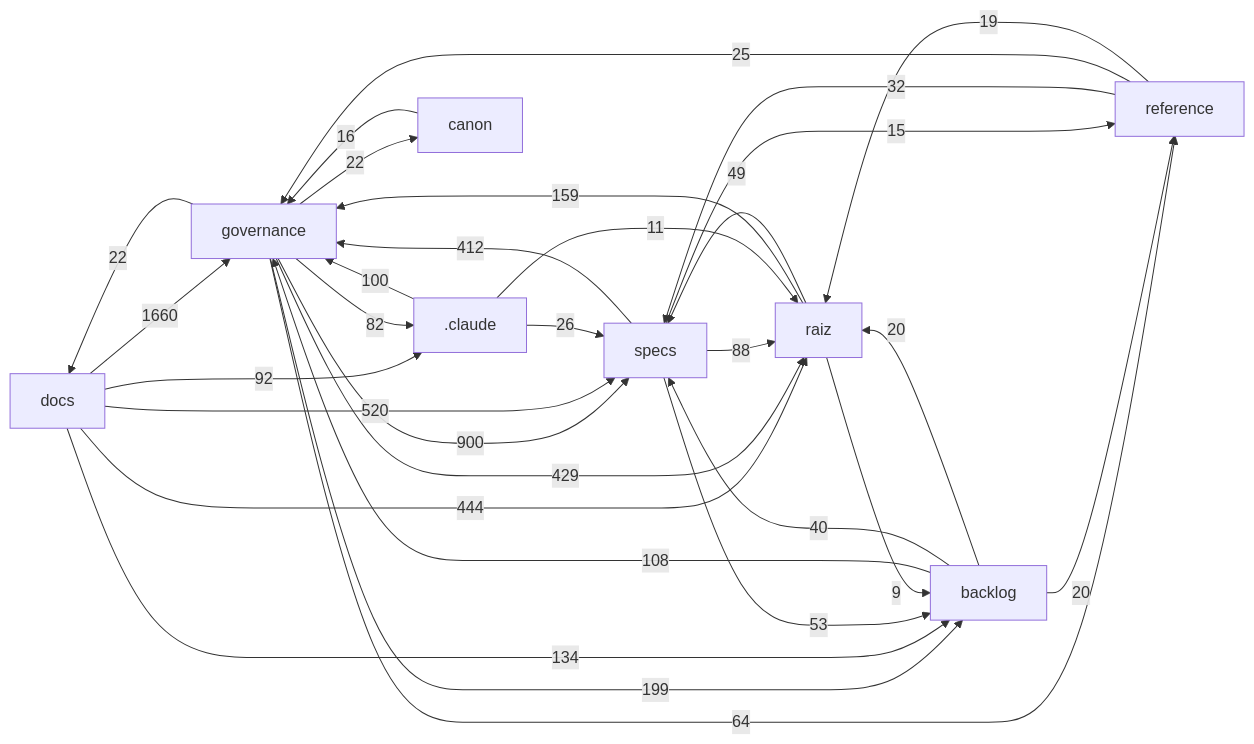
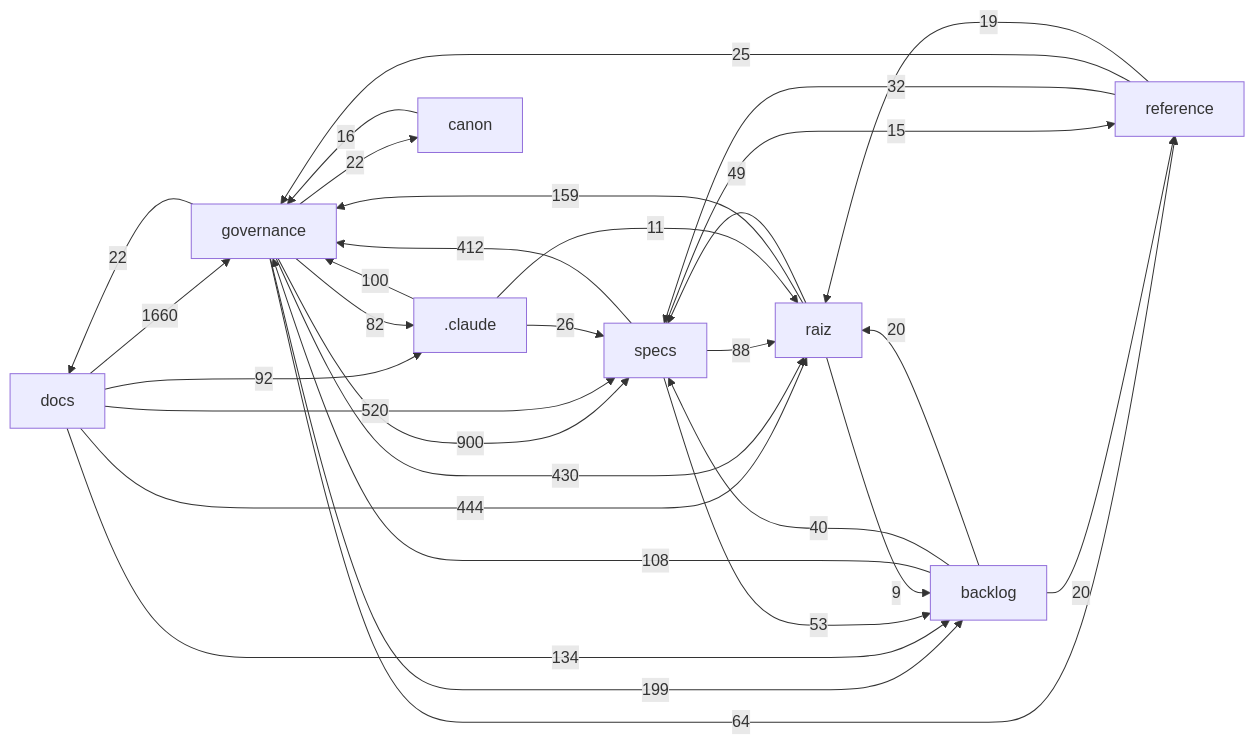
One commit to Andraus35/Sistema-Operacional-de-Trading--SOT changed the diagram in docs/mapa/MAPA-PROJETO.md. Above: the diagram before and after it, drawn with Mermaid. The commit also changed other lines of this file and 2 other files, not shown here.

````diff
--- a/docs/mapa/MAPA-PROJETO.md
+++ b/docs/mapa/MAPA-PROJETO.md
@@ -29,33 +29,33 @@
 ```mermaid
 flowchart LR
   docs["docs"] -->|1660| governance["governance"]
   governance["governance"] -->|900| specs["specs"]
   docs["docs"] -->|520| specs["specs"]
   docs["docs"] -->|444| raiz["raiz"]
-  governance["governance"] -->|429| raiz["raiz"]
+  governance["governance"] -->|430| raiz["raiz"]
   specs["specs"] -->|412| governance["governance"]
   governance["governance"] -->|199| backlog["backlog"]
   raiz["raiz"] -->|159| governance["governance"]
   docs["docs"] -->|134| backlog["backlog"]
   backlog["backlog"] -->|108| governance["governance"]
   _claude[".claude"] -->|100| governance["governance"]
   docs["docs"] -->|92| _claude[".claude"]
   specs["specs"] -->|88| raiz["raiz"]
   governance["governance"] -->|82| _claude[".claude"]
   governance["governance"] -->|64| reference["reference"]
   specs["specs"] -->|53| backlog["backlog"]
   raiz["raiz"] -->|49| specs["specs"]
   backlog["backlog"] -->|40| specs["specs"]
   reference["reference"] -->|32| specs["specs"]
   _claude[".claude"] -->|26| specs["specs"]
   reference["reference"] -->|25| governance["governance"]
   governance["governance"] -->|22| docs["docs"]
   governance["governance"] -->|22| canon["canon"]
   backlog["backlog"] -->|20| raiz["raiz"]
   backlog["backlog"] -->|20| reference["reference"]
   reference["reference"] -->|19| raiz["raiz"]
   canon["canon"] -->|16| governance["governance"]
   specs["specs"] -->|15| reference["reference"]
   _claude[".claude"] -->|11| raiz["raiz"]
   raiz["raiz"] -->|9| backlog["backlog"]
 ```
````
